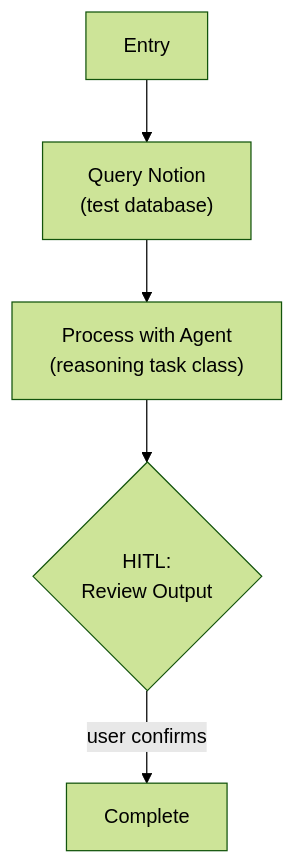
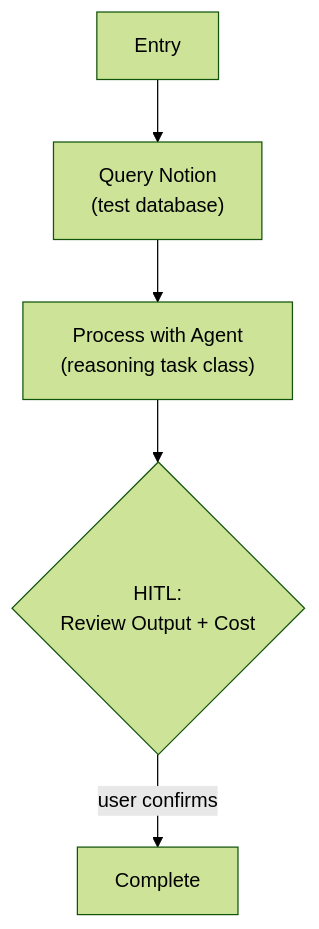
Before and after one commit to faolitarna/weekforge: the diagram in specs/steps/step-0c-llm-integration.md, drawn with Mermaid (forest theme). The commit also changed other lines of this file, not shown here.

````diff
--- a/specs/steps/step-0c-llm-integration.md
+++ b/specs/steps/step-0c-llm-integration.md
@@ -101,7 +142,7 @@
 ```mermaid
 graph TD
     A["Entry"] --> B["Query Notion\n(test database)"]
     B --> C["Process with Agent\n(reasoning task class)"]
-    C --> D{"HITL:\nReview Output"}
+    C --> D{"HITL:\nReview Output + Cost"}
     D -->|"user confirms"| E["Complete"]
 ```
````
